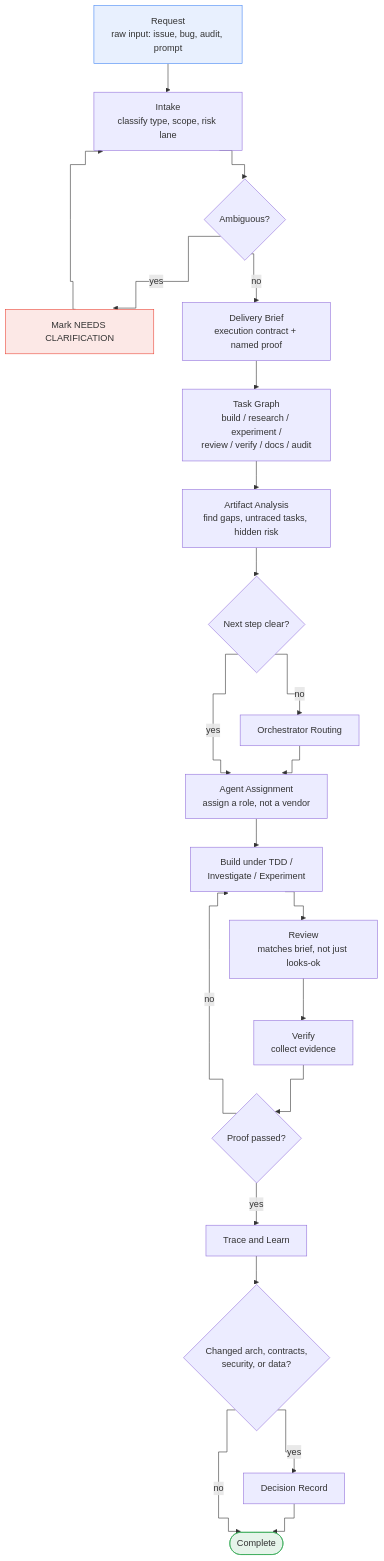
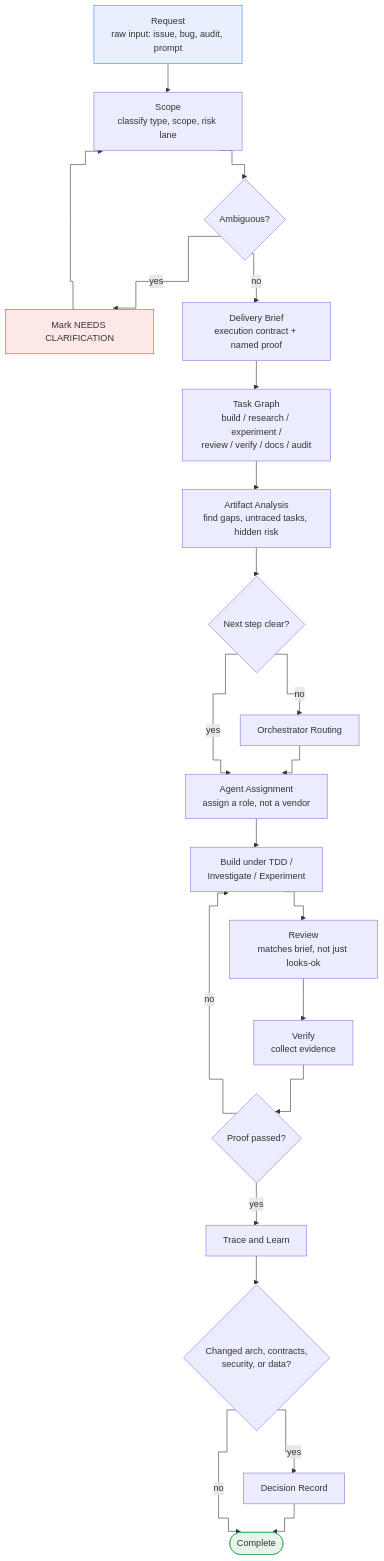
One commit to phuochau/harness changed the first of 2 diagrams in harness/lifecycle.md. Above: the diagram before and after it, drawn with Mermaid. The commit also changed other lines of this file and 27 other files, not shown here.

First line of the commit message:
Rename workflow vocabulary to plain SDLC verbs; add lifecycle diagrams; de-duplicate root docs

````diff
--- a/harness/lifecycle.md
+++ b/harness/lifecycle.md
@@ -21,26 +21,26 @@
 ```mermaid
 %%{init: {'flowchart': {'curve': 'step'}}}%%
 flowchart TD
-    R[Request<br/>raw input: issue, bug, audit, prompt] --> I[Intake<br/>classify type, scope, risk lane]
+    R[Request<br/>raw input: issue, bug, audit, prompt] --> I[Scope<br/>classify type, scope, risk lane]
     I --> Q{Ambiguous?}
     Q -- yes --> NC[Mark NEEDS CLARIFICATION] --> I
     Q -- no --> B[Delivery Brief<br/>execution contract + named proof]
     B --> TG[Task Graph<br/>build / research / experiment /<br/>review / verify / docs / audit]
     TG --> AA[Artifact Analysis<br/>find gaps, untraced tasks, hidden risk]
     AA --> OR{Next step clear?}
     OR -- no --> ORCH[Orchestrator Routing] --> AS
     OR -- yes --> AS[Agent Assignment<br/>assign a role, not a vendor]
     AS --> WORK[Build under TDD /<br/>Investigate / Experiment]
     WORK --> REV[Review<br/>matches brief, not just looks-ok]
     REV --> VER[Verify<br/>collect evidence]
     VER --> PASS{Proof passed?}
     PASS -- no --> WORK
     PASS -- yes --> TR[Trace and Learn]
     TR --> DEC{Changed arch, contracts,<br/>security, or data?}
     DEC -- yes --> DR[Decision Record] --> DONE([Complete])
     DEC -- no --> DONE
 
     style R fill:#e8f0fe,stroke:#4285f4
     style DONE fill:#e6f4ea,stroke:#34a853
     style NC fill:#fce8e6,stroke:#ea4335
 ```
````
